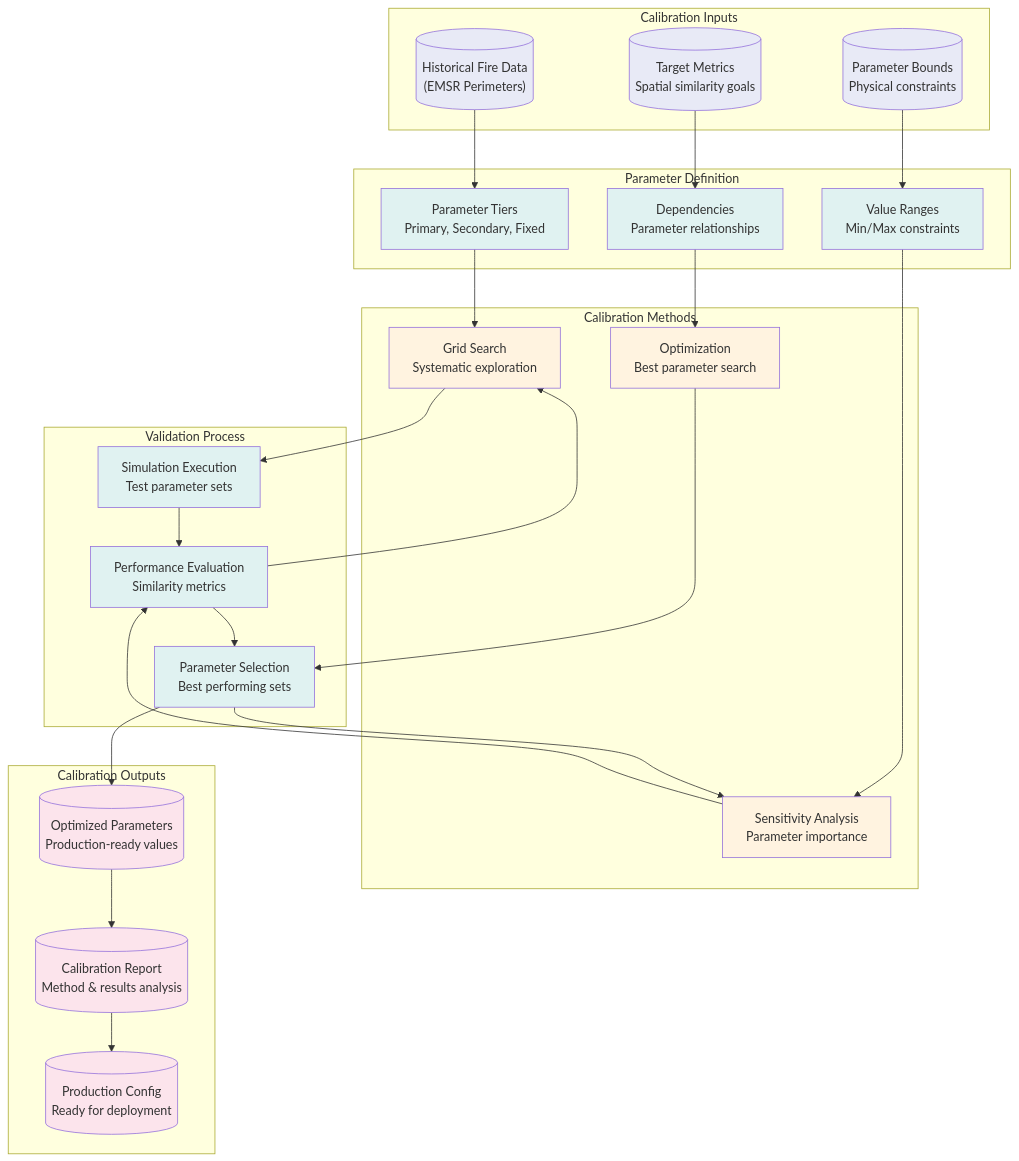
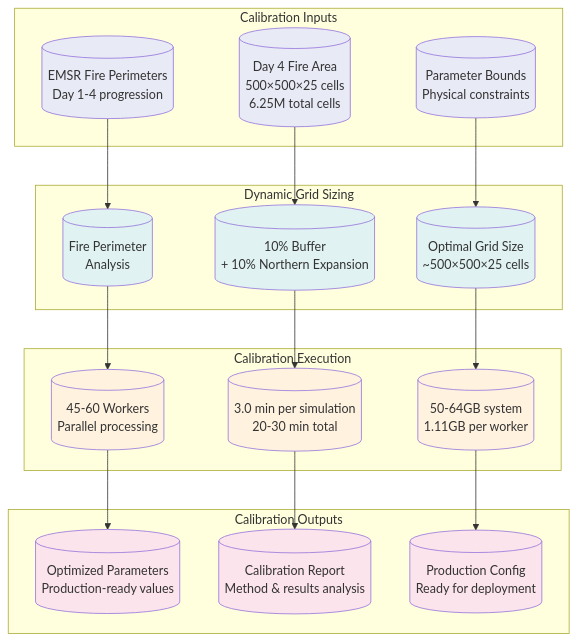
Before and after one commit to AndreasPaphitis/Forest-Fire-Simulation: the sixth of 19 diagrams in docs/COMPREHENSIVE_FOREST_FIRE_SIMULATION_WORKFLOW.md, drawn with Mermaid. The commit also changed other lines of this file and 13 other files, not shown here.

Commit message:
Fix verbose output and update documentation for Day 4 fire area calibration

````diff
--- a/docs/COMPREHENSIVE_FOREST_FIRE_SIMULATION_WORKFLOW.md
+++ b/docs/COMPREHENSIVE_FOREST_FIRE_SIMULATION_WORKFLOW.md
@@ -403,67 +361,50 @@
 ```mermaid
 graph TB
     subgraph "Calibration Inputs"
-        HIST[("Historical Fire Data<br/>(EMSR Perimeters)")]
+        EMSR[("EMSR Fire Perimeters<br/>Day 1-4 progression")]
+        DAY4[("Day 4 Fire Area<br/>500×500×25 cells<br/>6.25M total cells")]
         BOUNDS[("Parameter Bounds<br/>Physical constraints")]
-        TARGET[("Target Metrics<br/>Spatial similarity goals")]
     end
     
-    subgraph "Parameter Definition"
-        TIERS["Parameter Tiers<br/>Primary, Secondary, Fixed"]
-        RANGES["Value Ranges<br/>Min/Max constraints"]
-        DEPS["Dependencies<br/>Parameter relationships"]
+    subgraph "Dynamic Grid Sizing"
+        PERIMETER[("Fire Perimeter<br/>Analysis")]
+        BUFFER[("10% Buffer<br/>+ 10% Northern Expansion")]
+        GRID[("Optimal Grid Size<br/>~500×500×25 cells")]
     end
     
-    subgraph "Calibration Methods"
-        GRID["Grid Search<br/>Systematic exploration"]
-        SENS["Sensitivity Analysis<br/>Parameter importance"]
-        OPT["Optimization<br/>Best parameter search"]
-    end
-    
-    subgraph "Validation Process"
-        SIM["Simulation Execution<br/>Test parameter sets"]
-        EVAL["Performance Evaluation<br/>Similarity metrics"]
-        SELECT["Parameter Selection<br/>Best performing sets"]
+    subgraph "Calibration Execution"
+        PARALLEL[("45-60 Workers<br/>Parallel processing")]
+        TIME[("3.0 min per simulation<br/>20-30 min total")]
+        MEMORY[("50-64GB system<br/>1.11GB per worker")]
     end
     
     subgraph "Calibration Outputs"
         PARAMS[("Optimized Parameters<br/>Production-ready values")]
         REPORT[("Calibration Report<br/>Method & results analysis")]
         CONFIG[("Production Config<br/>Ready for deployment")]
     end
     
     %% Connections
-    HIST --> TIERS
-    BOUNDS --> RANGES
-    TARGET --> DEPS
+    EMSR --> PERIMETER
+    DAY4 --> BUFFER
+    BOUNDS --> GRID
     
-    TIERS --> GRID
-    RANGES --> SENS
-    DEPS --> OPT
+    PERIMETER --> PARALLEL
+    BUFFER --> TIME
+    GRID --> MEMORY
     
-    GRID --> SIM
-    SENS --> EVAL
-    OPT --> SELECT
-    
-    SIM --> EVAL
-    EVAL --> SELECT
-    SELECT --> PARAMS
-    
-    PARAMS --> REPORT
-    REPORT --> CONFIG
-    
-    %% Feedback loops
-    EVAL --> GRID
-    SELECT --> SENS
+    PARALLEL --> PARAMS
+    TIME --> REPORT
+    MEMORY --> CONFIG
     
     %% Styling
     classDef input fill:#e8eaf6
     classDef process fill:#e0f2f1
-    classDef method fill:#fff3e0
+    classDef execution fill:#fff3e0
     classDef output fill:#fce4ec
     
-    class HIST,BOUNDS,TARGET input
-    class TIERS,RANGES,DEPS,SIM,EVAL,SELECT process
-    class GRID,SENS,OPT method
+    class EMSR,DAY4,BOUNDS input
+    class PERIMETER,BUFFER,GRID process
+    class PARALLEL,TIME,MEMORY execution
     class PARAMS,REPORT,CONFIG output
 ```
````
